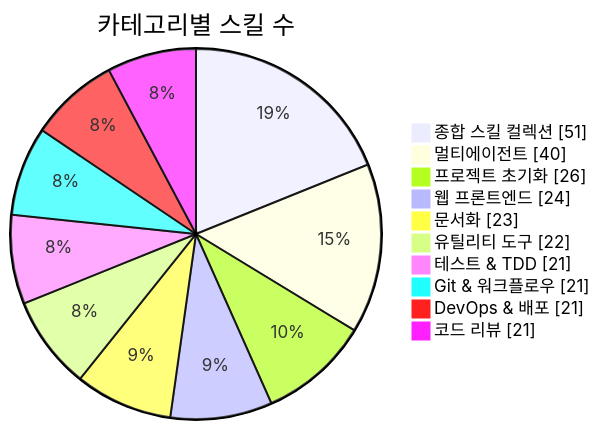
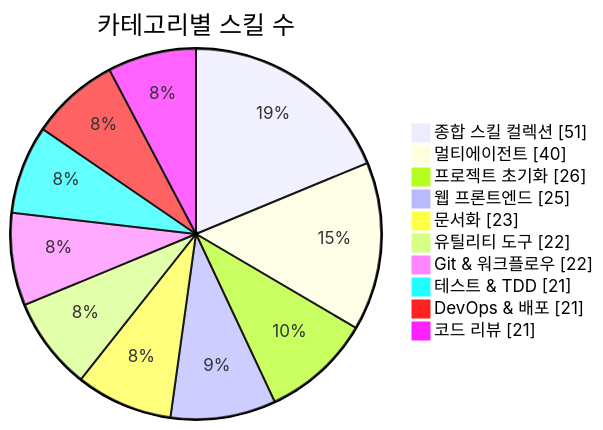
The first of 3 diagrams in README.md (J-nowcow/awesome-korean-agent-skills), drawn with Mermaid before and after one commit. The commit also changed other lines of this file and 5 other files, not shown here.

````diff
--- a/README.md
+++ b/README.md
@@ -176,14 +176,14 @@
 ```mermaid
 pie showData
     title 카테고리별 스킬 수
     "종합 스킬 컬렉션" : 51
     "멀티에이전트" : 40
     "프로젝트 초기화" : 26
-    "웹 프론트엔드" : 24
+    "웹 프론트엔드" : 25
     "문서화" : 23
     "유틸리티 도구" : 22
+    "Git & 워크플로우" : 22
     "테스트 & TDD" : 21
-    "Git & 워크플로우" : 21
     "DevOps & 배포" : 21
     "코드 리뷰" : 21
 ```
````
